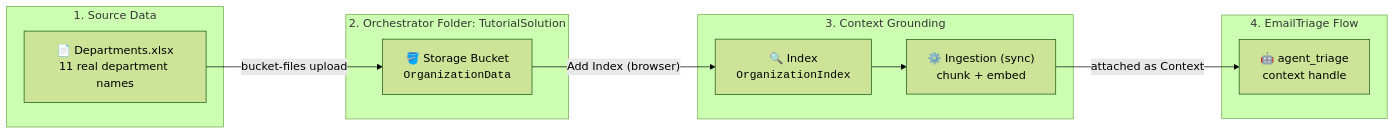
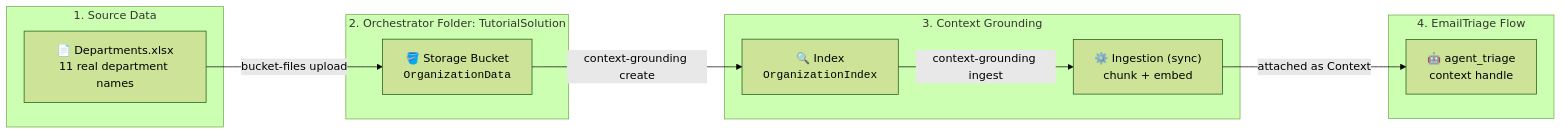
One commit to reitermayer/Fusion2026-CodingAgents changed the first of 2 diagrams in Chapters/06-StorageBucketAndIndex.md. Above: the diagram before and after it, drawn with Mermaid (forest theme). The commit also changed other lines of this file and 5 other files, not shown here.

````diff
--- a/Chapters/06-StorageBucketAndIndex.md
+++ b/Chapters/06-StorageBucketAndIndex.md
@@ -7,24 +15,24 @@
 ```mermaid
 flowchart LR
     subgraph Source ["1. Source Data"]
         F["📄 Departments.xlsx<br/>11 real department names"]
     end
 
     subgraph Orchestrator ["2. Orchestrator Folder: TutorialSolution"]
         B["🪣 Storage Bucket<br/><code>OrganizationData</code>"]
     end
 
     subgraph ECS ["3. Context Grounding"]
         I["🔍 Index<br/><code>OrganizationIndex</code>"]
         S["⚙️ Ingestion (sync)<br/>chunk + embed"]
     end
 
     subgraph Flow ["4. EmailTriage Flow"]
         A["🤖 agent_triage<br/>context handle"]
     end
 
     F -->|"bucket-files upload"| B
-    B -->|"Add Index (browser)"| I
-    I --> S
+    B -->|"context-grounding create"| I
+    I -->|"context-grounding ingest"| S
     S -->|"attached as Context"| A
 ```
````
